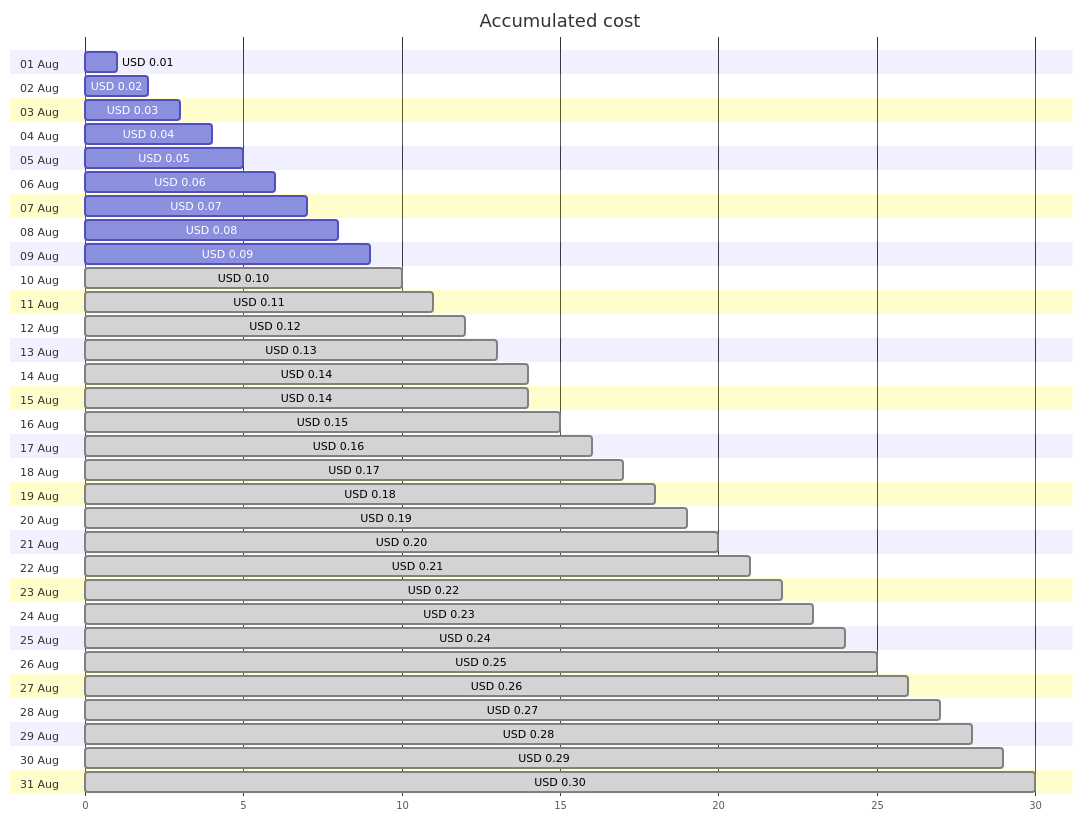
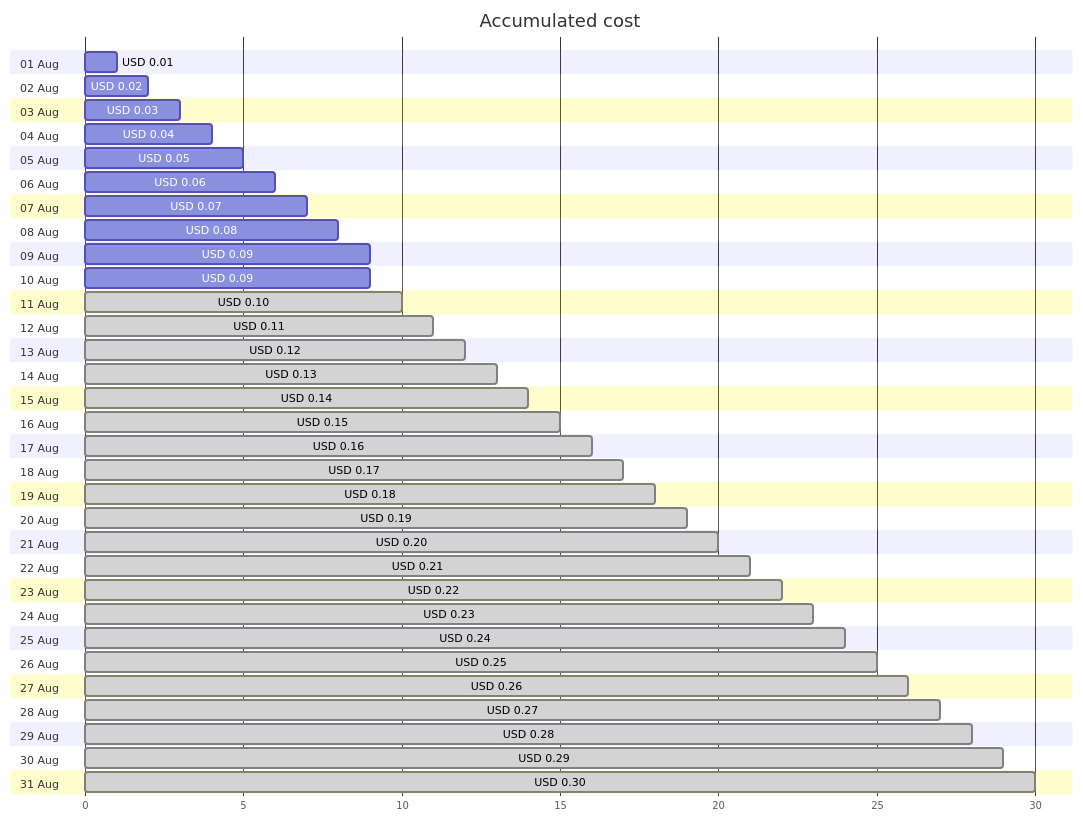
The first of 4 diagrams in cost-reports/cloud-shell-storage-eastus/README.md (jpfulton/azure-personal-reports), drawn with Mermaid before and after one commit. The commit also changed other lines of this file and 1 other file, not shown here.

````diff
--- a/cost-reports/cloud-shell-storage-eastus/README.md
+++ b/cost-reports/cloud-shell-storage-eastus/README.md
@@ -20,68 +20,68 @@
 ```mermaid
 gantt
    title Accumulated cost
    dateFormat  X
    axisFormat %s
    section 01 Aug
    USD 0.01 :0, 1
    section 02 Aug
    USD 0.02 :0, 2
    section 03 Aug
    USD 0.03 :0, 3
    section 04 Aug
    USD 0.04 :0, 4
    section 05 Aug
    USD 0.05 :0, 5
    section 06 Aug
    USD 0.06 :0, 6
    section 07 Aug
    USD 0.07 :0, 7
    section 08 Aug
    USD 0.08 :0, 8
    section 09 Aug
    USD 0.09 :0, 9
    section 10 Aug
+   USD 0.09 :0, 9
+   section 11 Aug
    USD 0.10 : done, 0, 10
-   section 11 Aug
+   section 12 Aug
    USD 0.11 : done, 0, 11
-   section 12 Aug
+   section 13 Aug
    USD 0.12 : done, 0, 12
-   section 13 Aug
+   section 14 Aug
    USD 0.13 : done, 0, 13
-   section 14 Aug
-   USD 0.14 : done, 0, 14
    section 15 Aug
    USD 0.14 : done, 0, 14
    section 16 Aug
    USD 0.15 : done, 0, 15
    section 17 Aug
    USD 0.16 : done, 0, 16
    section 18 Aug
    USD 0.17 : done, 0, 17
    section 19 Aug
    USD 0.18 : done, 0, 18
    section 20 Aug
    USD 0.19 : done, 0, 19
    section 21 Aug
    USD 0.20 : done, 0, 20
    section 22 Aug
    USD 0.21 : done, 0, 21
    section 23 Aug
    USD 0.22 : done, 0, 22
    section 24 Aug
    USD 0.23 : done, 0, 23
    section 25 Aug
    USD 0.24 : done, 0, 24
    section 26 Aug
    USD 0.25 : done, 0, 25
    section 27 Aug
    USD 0.26 : done, 0, 26
    section 28 Aug
    USD 0.27 : done, 0, 27
    section 29 Aug
    USD 0.28 : done, 0, 28
    section 30 Aug
    USD 0.29 : done, 0, 29
    section 31 Aug
    USD 0.30 : done, 0, 30
 ```
````
